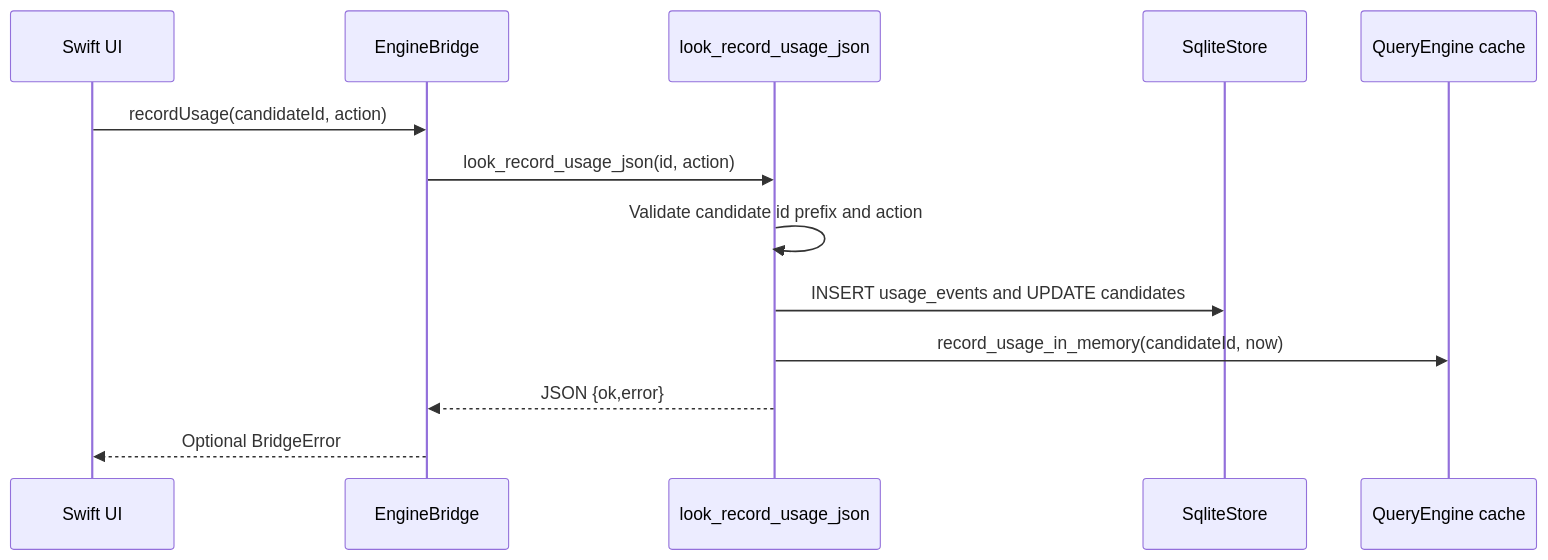
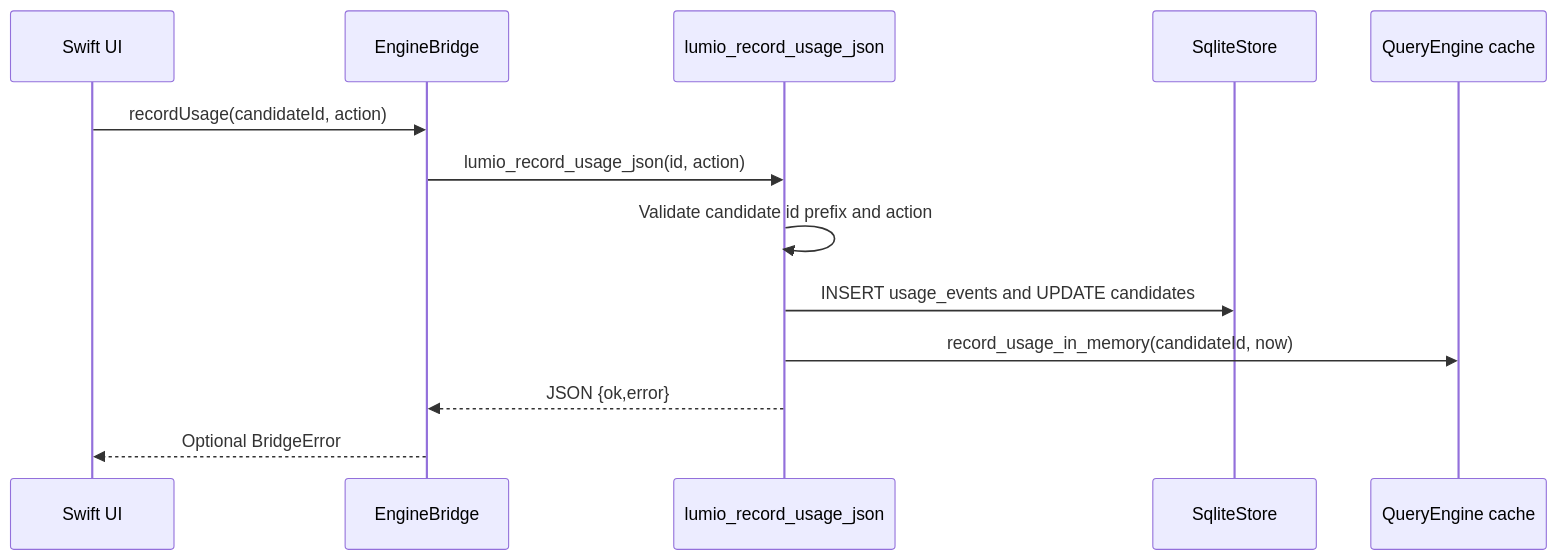
Before and after one commit to cavaldos/Lumio: the eighth of 9 diagrams in docs/architecture.md, drawn with Mermaid. The commit also changed other lines of this file and 278 other files, not shown here.

````diff
--- a/docs/architecture.md
+++ b/docs/architecture.md
@@ -258,16 +258,16 @@
 ```mermaid
 sequenceDiagram
     participant UI as Swift UI
     participant EB as EngineBridge
-    participant FFI as look_record_usage_json
+    participant FFI as lumio_record_usage_json
     participant ST as SqliteStore
     participant QE as QueryEngine cache
 
     UI->>EB: recordUsage(candidateId, action)
-    EB->>FFI: look_record_usage_json(id, action)
+    EB->>FFI: lumio_record_usage_json(id, action)
     FFI->>FFI: Validate candidate id prefix and action
     FFI->>ST: INSERT usage_events and UPDATE candidates
     FFI->>QE: record_usage_in_memory(candidateId, now)
     FFI-->>EB: JSON {ok,error}
     EB-->>UI: Optional BridgeError
 ```
````
